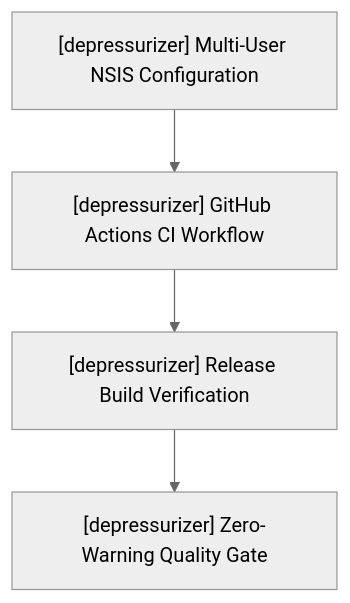
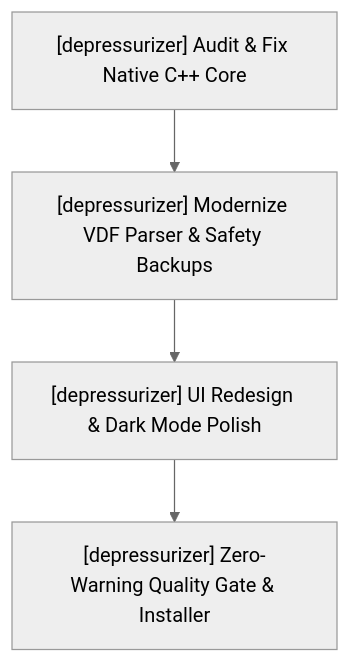
One commit to HELIX-Origin/depressurizer changed the diagram in PLAN.md. Above: the diagram before and after it, drawn with Mermaid (neutral theme). The commit also changed other lines of this file and 10 other files, not shown here.

````diff
--- a/PLAN.md
+++ b/PLAN.md
@@ -23,6 +24,6 @@
 ```mermaid
 flowchart TD
-    Task1["[depressurizer] Multi-User NSIS Configuration"] --> Task2["[depressurizer] GitHub Actions CI Workflow"]
-    Task2 --> Task3["[depressurizer] Release Build Verification"]
-    Task3 --> Gate["[depressurizer] Zero-Warning Quality Gate"]
+    Task1["[depressurizer] Audit & Fix Native C++ Core"] --> Task2["[depressurizer] Modernize VDF Parser & Safety Backups"]
+    Task2 --> Task3["[depressurizer] UI Redesign & Dark Mode Polish"]
+    Task3 --> Gate["[depressurizer] Zero-Warning Quality Gate & Installer"]
 ```
````
